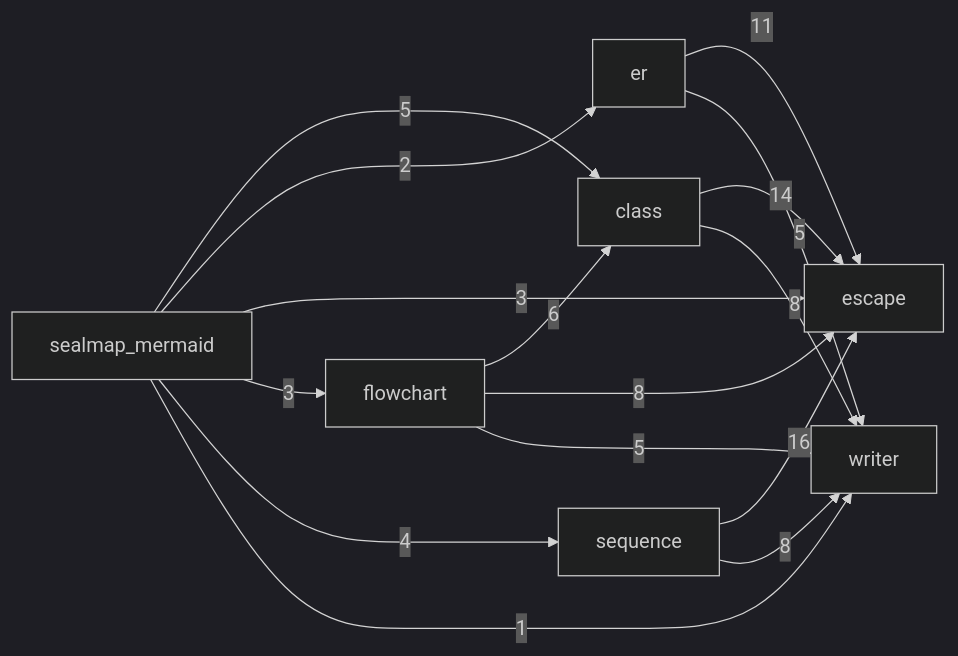
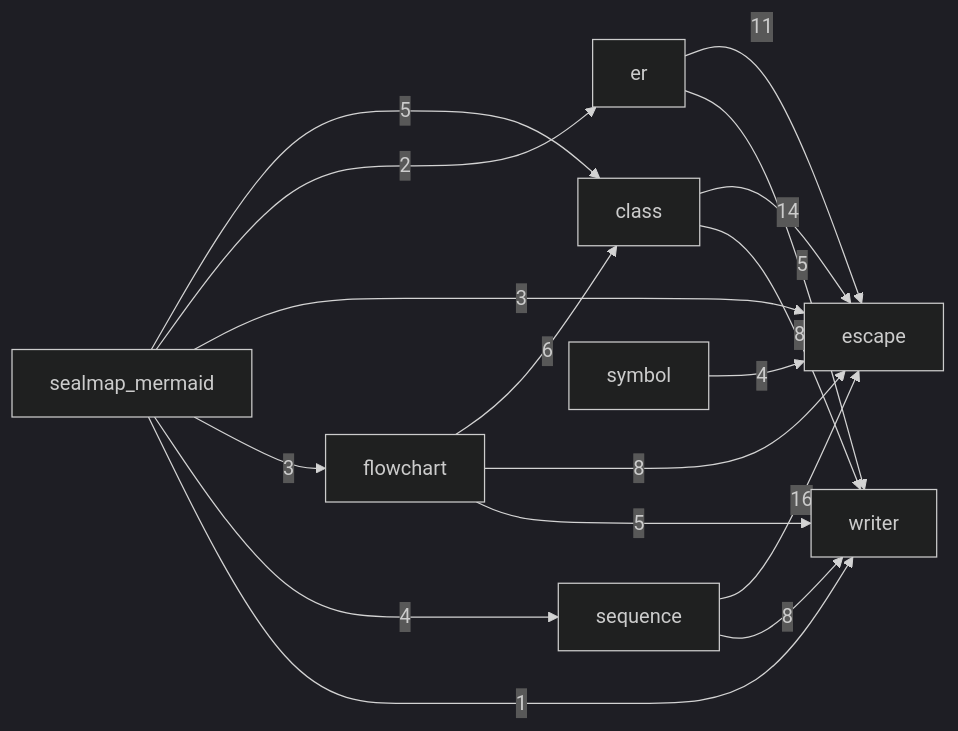
Before and after one commit to DreamLab-AI/codemaid: the fourth of 12 diagrams in docs/sealmap/_overview.md, drawn with Mermaid (dark theme). The commit also changed other lines of this file and 45 other files, not shown here.

First line of the commit message:
docs: regenerate the self-corpus for sym: ids and schema v2

````diff
--- a/docs/sealmap/_overview.md
+++ b/docs/sealmap/_overview.md
@@ -113,25 +120,27 @@
 ```mermaid
 flowchart LR
   sealmap_mermaid["sealmap_mermaid"]
   sealmap_mermaid__class["class"]
   sealmap_mermaid__er["er"]
   sealmap_mermaid__escape["escape"]
   sealmap_mermaid__flowchart["flowchart"]
   sealmap_mermaid__sequence["sequence"]
+  sealmap_mermaid__symbol["symbol"]
   sealmap_mermaid__writer["writer"]
   sealmap_mermaid -->|"5"| sealmap_mermaid__class
   sealmap_mermaid -->|"2"| sealmap_mermaid__er
   sealmap_mermaid -->|"3"| sealmap_mermaid__escape
   sealmap_mermaid -->|"3"| sealmap_mermaid__flowchart
   sealmap_mermaid -->|"4"| sealmap_mermaid__sequence
   sealmap_mermaid -->|"1"| sealmap_mermaid__writer
   sealmap_mermaid__class -->|"14"| sealmap_mermaid__escape
   sealmap_mermaid__class -->|"8"| sealmap_mermaid__writer
   sealmap_mermaid__er -->|"11"| sealmap_mermaid__escape
   sealmap_mermaid__er -->|"5"| sealmap_mermaid__writer
   sealmap_mermaid__flowchart -->|"6"| sealmap_mermaid__class
   sealmap_mermaid__flowchart -->|"8"| sealmap_mermaid__escape
   sealmap_mermaid__flowchart -->|"5"| sealmap_mermaid__writer
   sealmap_mermaid__sequence -->|"16"| sealmap_mermaid__escape
   sealmap_mermaid__sequence -->|"8"| sealmap_mermaid__writer
+  sealmap_mermaid__symbol -->|"4"| sealmap_mermaid__escape
 ```
````
